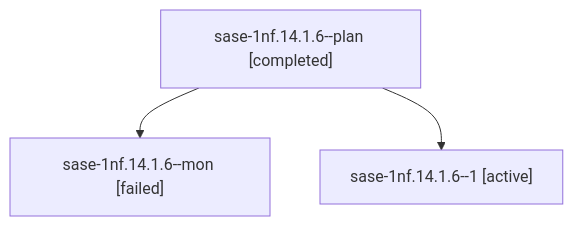
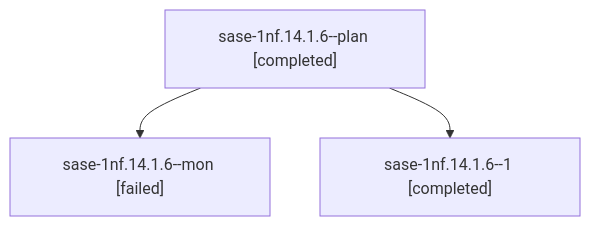
One commit to sase-org/sase--agents changed the diagram in sessions/bbugyi200.athena.sase-1nf.14.1.6.md. Above: the diagram before and after it, drawn with Mermaid. The commit also changed other lines of this file and 289 other files, not shown here.

````diff
--- a/sessions/bbugyi200.athena.sase-1nf.14.1.6.md
+++ b/sessions/bbugyi200.athena.sase-1nf.14.1.6.md
@@ -9,8 +9,8 @@
 ```mermaid
 flowchart TD
   n0["sase-1nf.14.1.6--plan [completed]"]
   n1["sase-1nf.14.1.6--mon [failed]"]
   n0 --> n1
-  n2["sase-1nf.14.1.6--1 [active]"]
+  n2["sase-1nf.14.1.6--1 [completed]"]
   n0 --> n2
 ```
````
